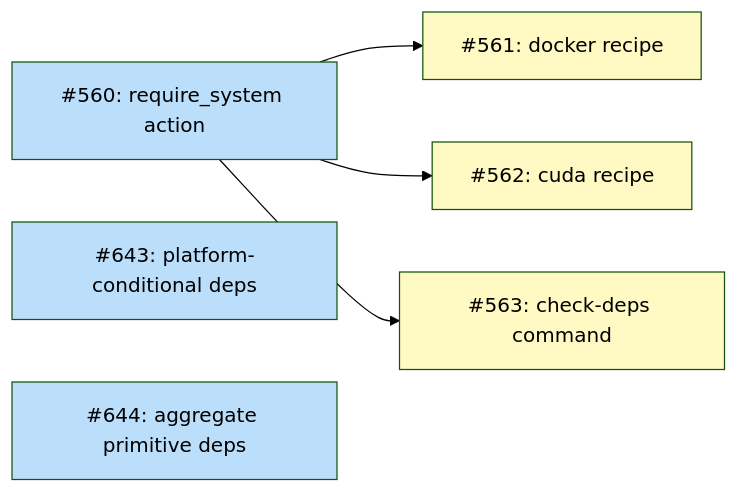
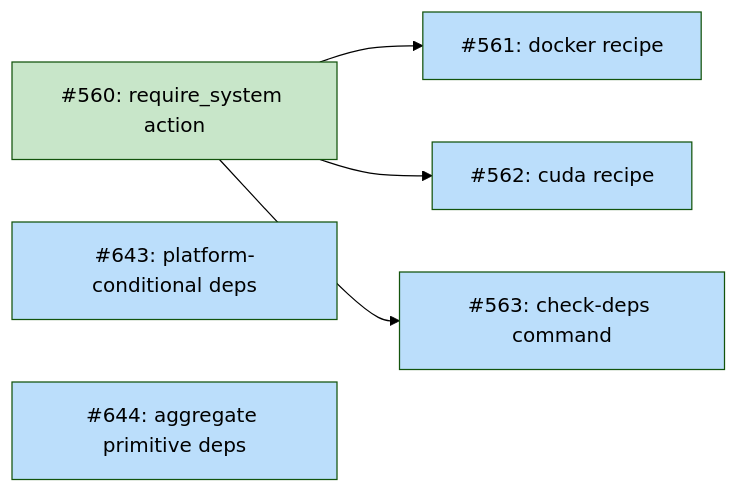
The fourth of 4 diagrams in docs/DESIGN-dependency-provisioning.md (tsukumogami/tsuku), drawn with Mermaid (forest theme) before and after one commit. The commit also changed 7 other files, not shown here.

````diff
--- a/docs/DESIGN-dependency-provisioning.md
+++ b/docs/DESIGN-dependency-provisioning.md
@@ -136,20 +136,20 @@
 ```mermaid
 graph LR
     I560["#560: require_system action"]
     I561["#561: docker recipe"]
     I562["#562: cuda recipe"]
     I563["#563: check-deps command"]
     I643["#643: platform-conditional deps"]
     I644["#644: aggregate primitive deps"]
 
     I560 --> I561
     I560 --> I562
     I560 --> I563
 
     classDef done fill:#c8e6c9
     classDef ready fill:#bbdefb
     classDef blocked fill:#fff9c4
 
-    class I560,I643,I644 ready
-    class I561,I562,I563 blocked
+    class I560 done
+    class I643,I644,I561,I562,I563 ready
 ```
````
